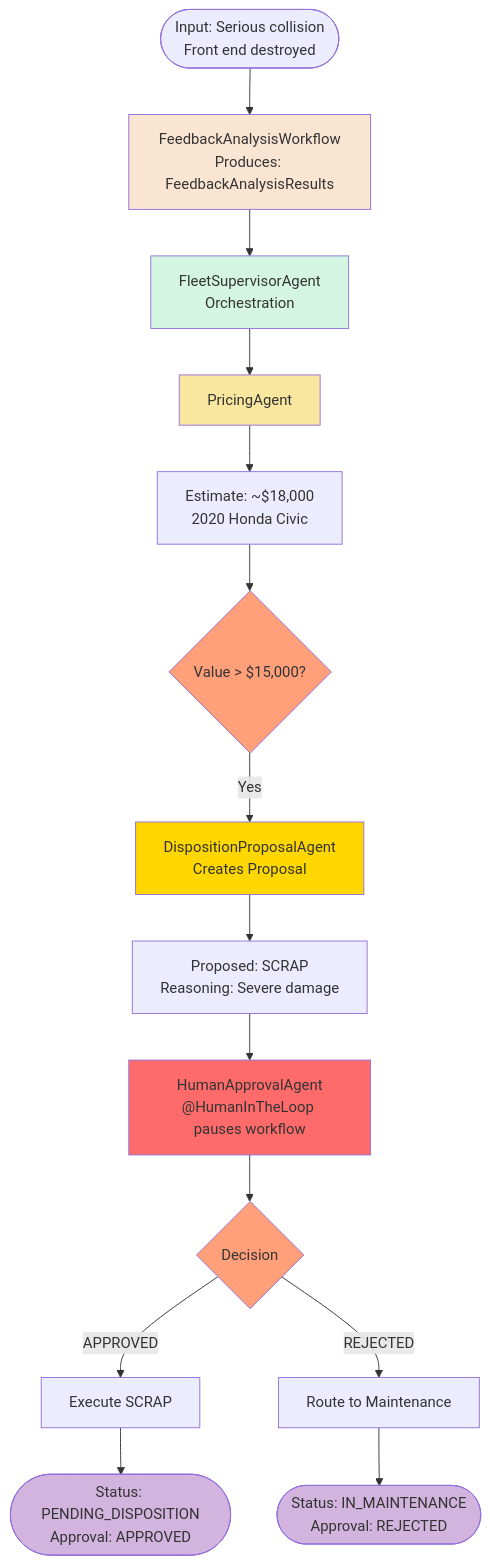
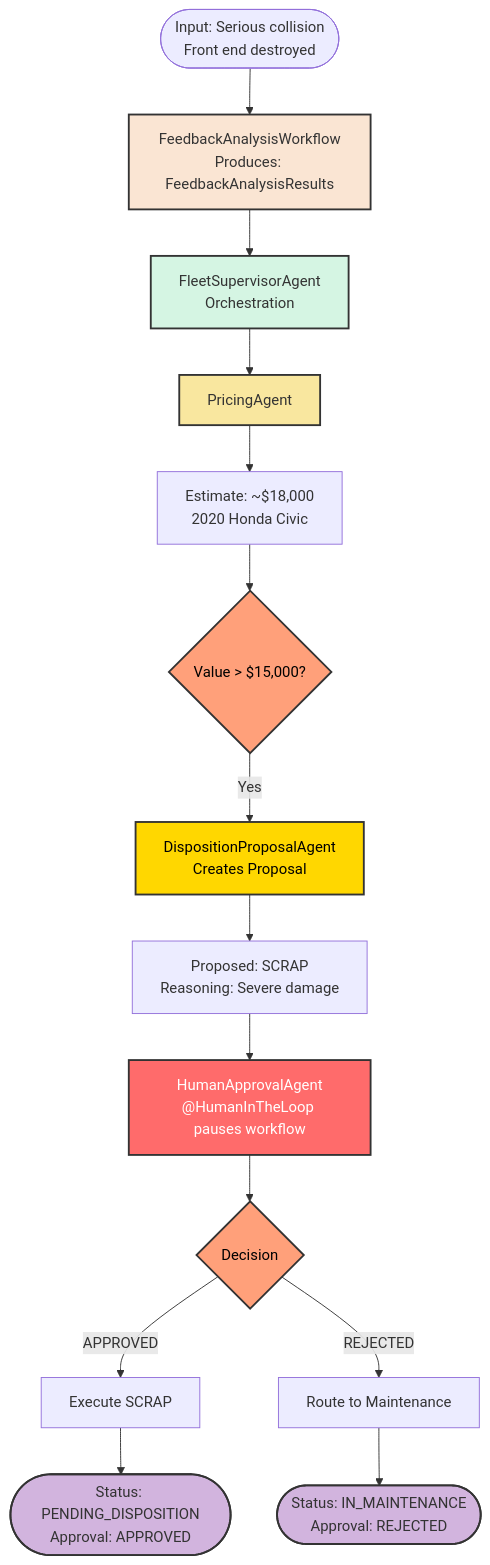
Before and after one commit to quarkusio/quarkus-workshop-langchain4j: the third of 6 diagrams in docs/docs/section-2/step-05.md, drawn with Mermaid. The commit also changed other lines of this file and 6 other files, not shown here.

Commit message:
update docs for better flow, and fix diagrams (#301)

````diff
--- a/docs/docs/section-2/step-05.md
+++ b/docs/docs/section-2/step-05.md
@@ -357,32 +301,32 @@
 ```mermaid
 flowchart TD
-    Start([Input: Serious collision<br/>Front end destroyed])
+    Start(["Input: Serious collision<br/>Front end destroyed"])
 
-    Start --> FW[FeedbackAnalysisWorkflow<br/>Produces: FeedbackAnalysisResults]
+    Start --> FW["FeedbackAnalysisWorkflow<br/>Produces: FeedbackAnalysisResults"]
 
-    FW --> FSA[FleetSupervisorAgent<br/>Orchestration]
-    FSA --> PA[PricingAgent]
-    PA --> Value[Estimate: ~$18,000<br/>2020 Honda Civic]
+    FW --> FSA["FleetSupervisorAgent<br/>Orchestration"]
+    FSA --> PA["PricingAgent"]
+    PA --> Value["Estimate: ~$18,000<br/>2020 Honda Civic"]
 
-    Value --> Check{Value > $15,000?}
-    Check -->|Yes| Proposal[DispositionProposalAgent<br/>Creates Proposal]
-    Proposal --> PropResult[Proposed: SCRAP<br/>Reasoning: Severe damage]
+    Value --> Check{"Value > $15,000?"}
+    Check -->|Yes| Proposal["DispositionProposalAgent<br/>Creates Proposal"]
+    Proposal --> PropResult["Proposed: SCRAP<br/>Reasoning: Severe damage"]
 
     PropResult --> Human["HumanApprovalAgent<br/>@HumanInTheLoop pauses workflow"]
     Human --> Decision{Decision}
-    Decision -->|APPROVED| Execute[Execute SCRAP]
-    Decision -->|REJECTED| Fallback[Route to Maintenance]
+    Decision -->|APPROVED| Execute["Execute SCRAP"]
+    Decision -->|REJECTED| Fallback["Route to Maintenance"]
 
-    Execute --> Result([Status: PENDING_DISPOSITION<br/>Approval: APPROVED])
-    Fallback --> Result2([Status: IN_MAINTENANCE<br/>Approval: REJECTED])
+    Execute --> Result(["Status: PENDING_DISPOSITION<br/>Approval: APPROVED"])
+    Fallback --> Result2(["Status: IN_MAINTENANCE<br/>Approval: REJECTED"])
 
-    style FW fill:#FAE5D3
-    style FSA fill:#D5F5E3
-    style PA fill:#F9E79F
-    style Proposal fill:#FFD700
-    style Human fill:#FF6B6B
-    style Check fill:#FFA07A
-    style Decision fill:#FFA07A
-    style Result fill:#D2B4DE
-    style Result2 fill:#D2B4DE
+    style FW fill:#FAE5D3,stroke:#333,stroke-width:2,color:#333
+    style FSA fill:#D5F5E3,stroke:#333,stroke-width:2,color:#333
+    style PA fill:#F9E79F,stroke:#333,stroke-width:2,color:#333
+    style Proposal fill:#FFD700,stroke:#333,stroke-width:2,color:#000
+    style Human fill:#FF6B6B,stroke:#333,stroke-width:2,color:#fff
+    style Check fill:#FFA07A,stroke:#333,stroke-width:2,color:#000
+    style Decision fill:#FFA07A,stroke:#333,stroke-width:2,color:#000
+    style Result fill:#D2B4DE,stroke:#333,stroke-width:2,color:#333
+    style Result2 fill:#D2B4DE,stroke:#333,stroke-width:2,color:#333
 ```
````
